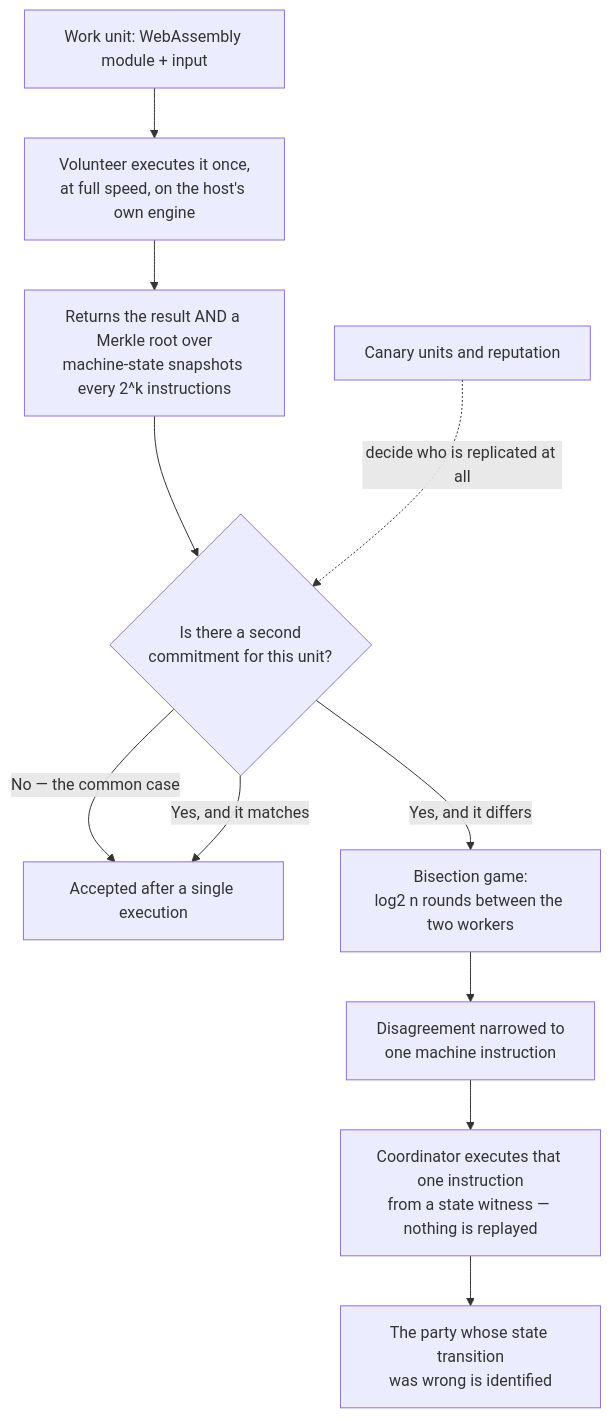
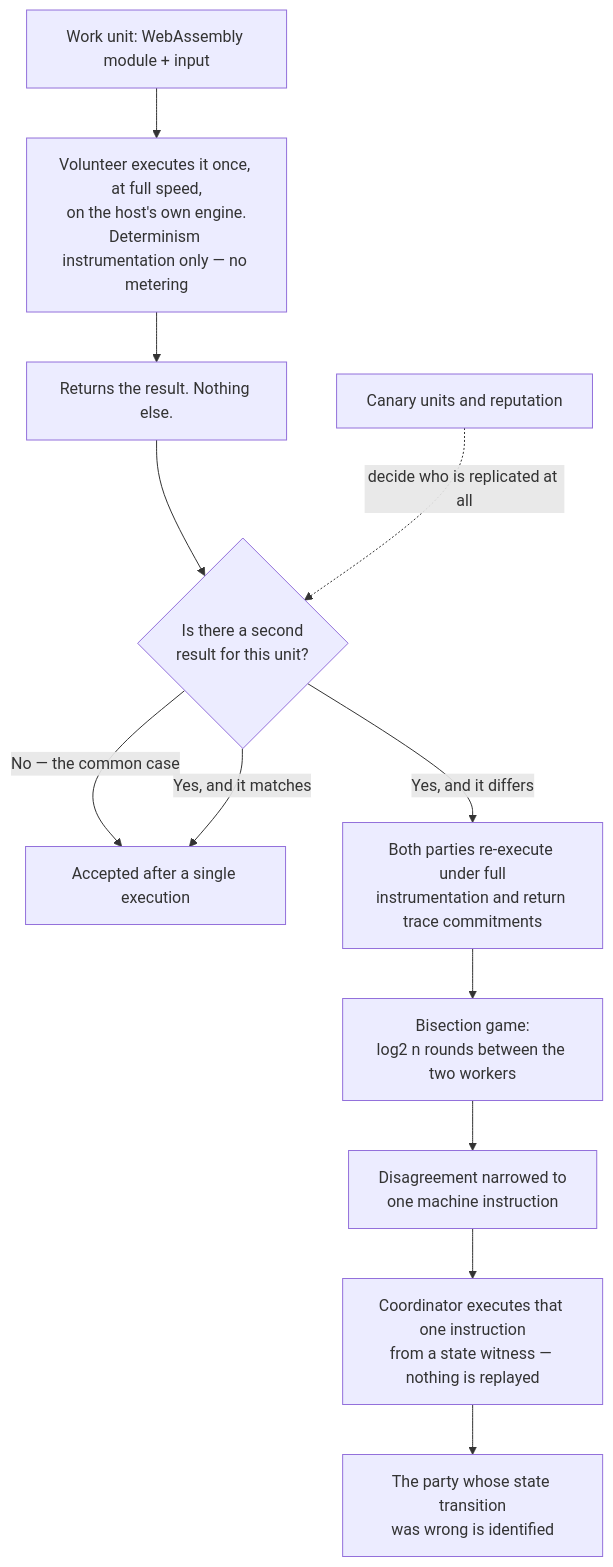
One commit to H020906/cairn changed the first of 3 diagrams in ARCHITECTURE.md. Above: the diagram before and after it, drawn with Mermaid. The commit also changed other lines of this file and 10 other files, not shown here.

````diff
--- a/ARCHITECTURE.md
+++ b/ARCHITECTURE.md
@@ -44,13 +44,14 @@
 ```mermaid
 flowchart TD
-    A["Work unit: WebAssembly module + input"] --> B["Volunteer executes it once,<br/>at full speed, on the host's own engine"]
-    B --> C["Returns the result AND a Merkle root over<br/>machine-state snapshots every 2^k instructions"]
-    C --> D{"Is there a second<br/>commitment for this unit?"}
+    A["Work unit: WebAssembly module + input"] --> B["Volunteer executes it once, at full speed,<br/>on the host's own engine.<br/>Determinism instrumentation only — no metering"]
+    B --> C["Returns the result. Nothing else."]
+    C --> D{"Is there a second<br/>result for this unit?"}
     D -->|"No — the common case"| E["Accepted after a single execution"]
     D -->|"Yes, and it matches"| E
-    D -->|"Yes, and it differs"| F["Bisection game:<br/>log2 n rounds between the two workers"]
+    D -->|"Yes, and it differs"| T["Both parties re-execute under full<br/>instrumentation and return trace commitments"]
+    T --> F["Bisection game:<br/>log2 n rounds between the two workers"]
     F --> G["Disagreement narrowed to<br/>one machine instruction"]
     G --> H["Coordinator executes that one instruction<br/>from a state witness — nothing is replayed"]
     H --> I["The party whose state transition<br/>was wrong is identified"]
     K["Canary units and reputation"] -.->|"decide who is replicated at all"| D
 ```
````
